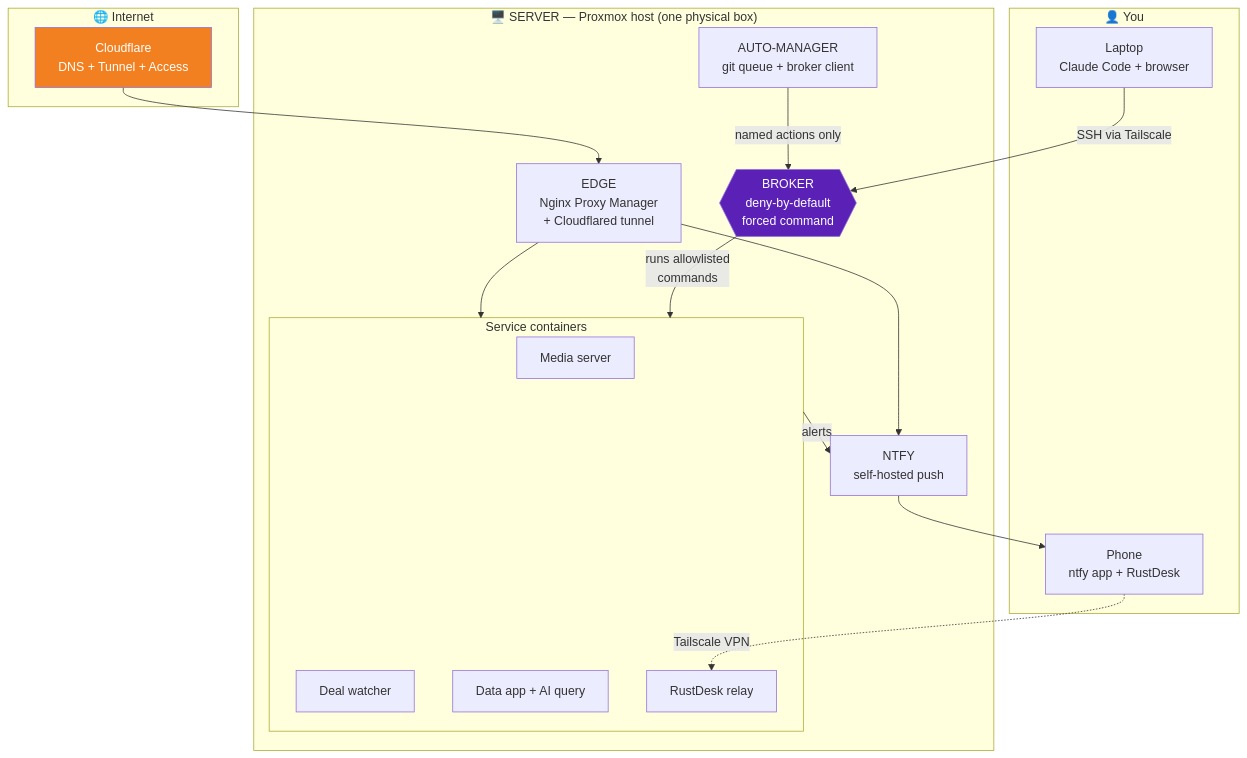
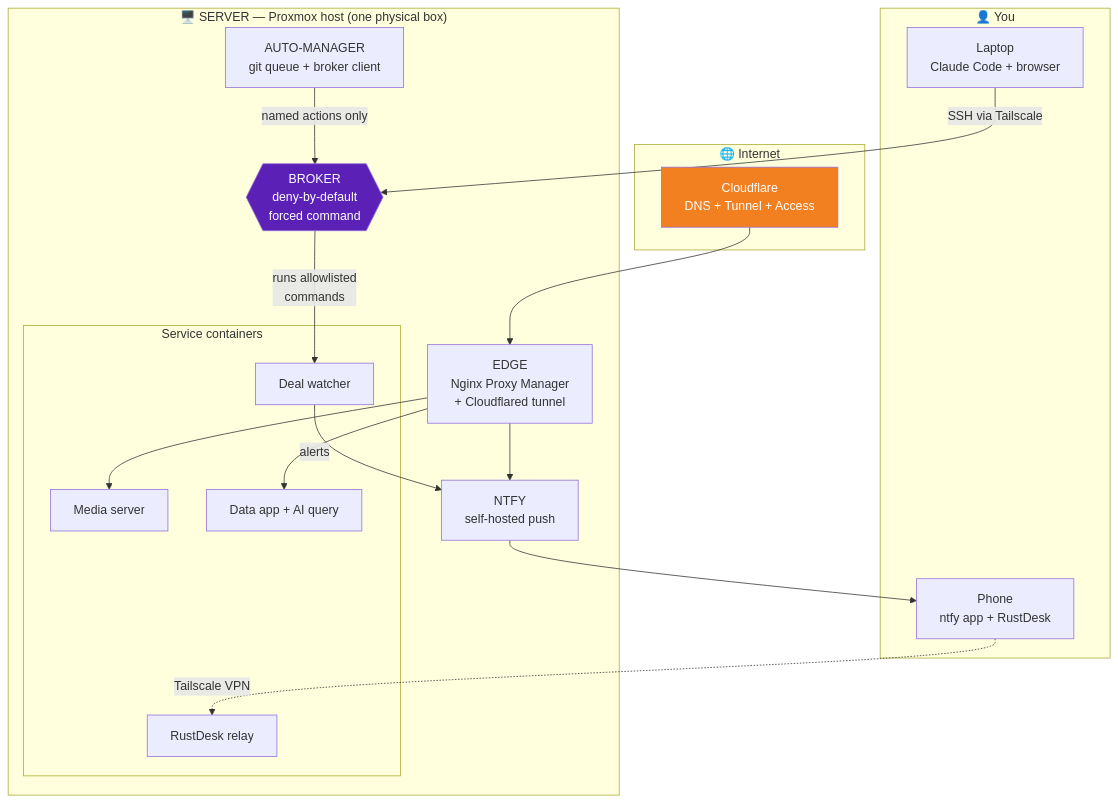
The first of 13 diagrams in index.md (rci27/ai-operated-homelab), drawn with Mermaid before and after one commit. The commit also changed 2 other files, not shown here.

Commit message:
fix: render §1 diagram, collapse hr+h2 gap, bump checkout to v5

````diff
--- a/index.md
+++ b/index.md
@@ -61,38 +61,39 @@
 ```mermaid
 graph TB
     subgraph internet["🌐 Internet"]
         cf["Cloudflare<br/>DNS + Tunnel + Access"]
     end
 
     subgraph you["👤 You"]
         laptop["Laptop<br/>Claude Code + browser"]
         phone["Phone<br/>ntfy app + RustDesk"]
     end
 
     subgraph server["🖥️ SERVER — Proxmox host (one physical box)"]
         edge["EDGE<br/>Nginx Proxy Manager<br/>+ Cloudflared tunnel"]
         ntfy["NTFY<br/>self-hosted push"]
         mgr["AUTO-MANAGER<br/>git queue + broker client"]
         broker{{"BROKER<br/>deny-by-default<br/>forced command"}}
 
         subgraph apps["Service containers"]
             plex["Media server"]
             deals["Deal watcher"]
             data["Data app + AI query"]
             rd["RustDesk relay"]
         end
     end
 
     cf --> edge
-    edge --> apps
+    edge --> plex
+    edge --> data
     edge --> ntfy
     laptop -->|"SSH via Tailscale"| broker
     mgr -->|"named actions only"| broker
-    broker -->|"runs allowlisted<br/>commands"| apps
-    apps -->|"alerts"| ntfy
+    broker -->|"runs allowlisted<br/>commands"| deals
+    deals -->|"alerts"| ntfy
     ntfy --> phone
     phone -.->|"Tailscale VPN"| rd
 
     style broker fill:#5b21b6,color:#fff
     style cf fill:#f38020,color:#fff
 ```
````
